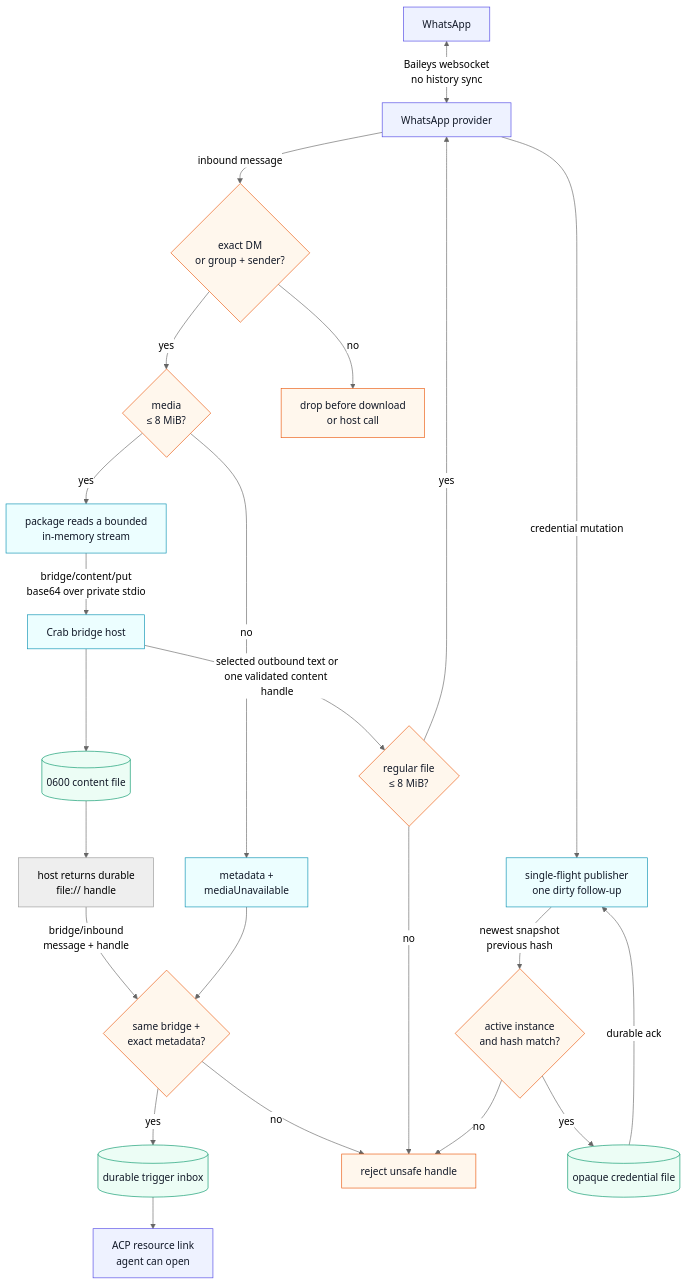
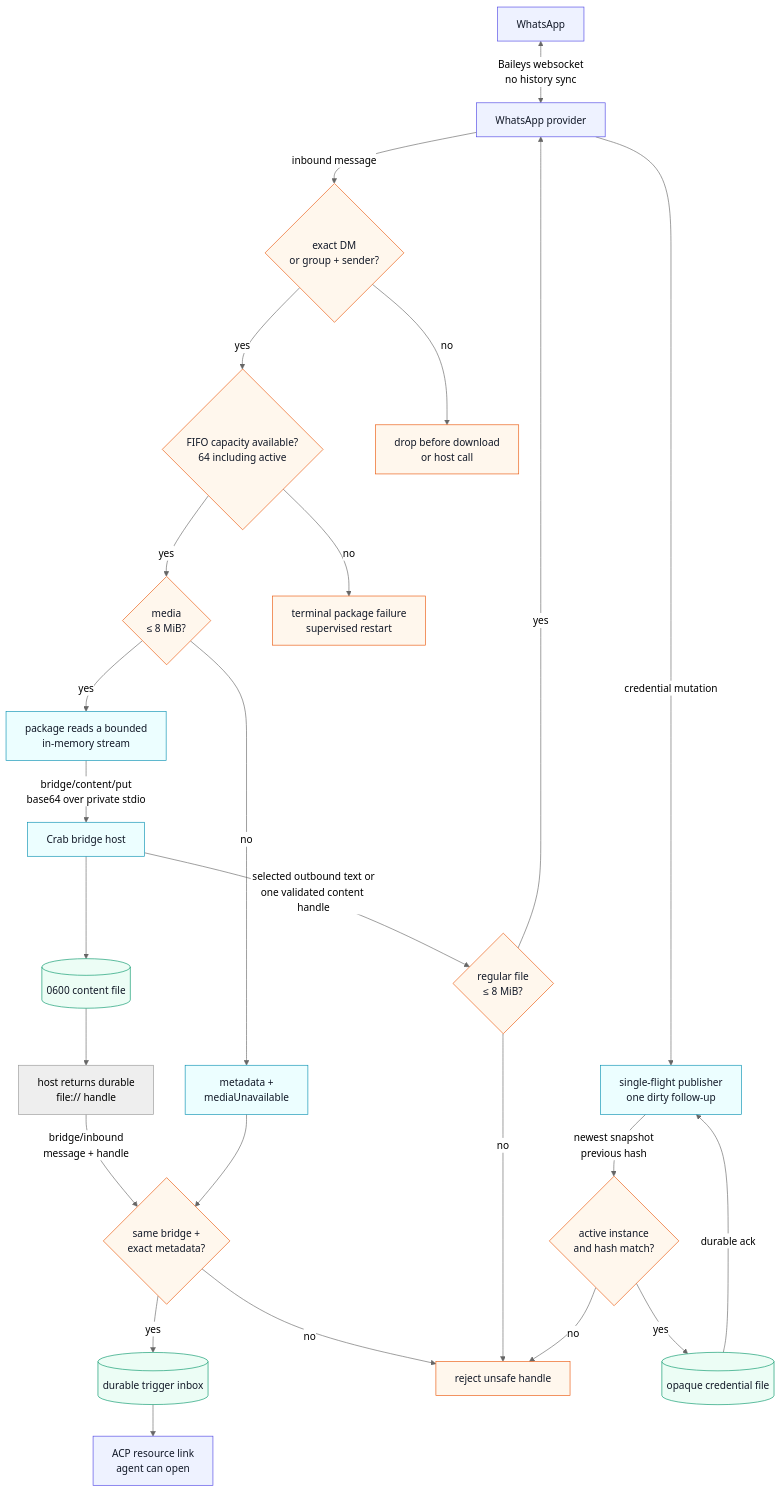
The diagram in v2/bridges/whatsapp/architecture.mmd (fontanierh/crab), drawn with Mermaid (neutral theme) before and after one commit. The commit also changed 7 other files, not shown here.

```diff
--- a/v2/bridges/whatsapp/architecture.mmd
+++ b/v2/bridges/whatsapp/architecture.mmd
@@ -1,33 +1,35 @@
 flowchart TB
     WA["WhatsApp"] <-->|"Baileys websocket<br/>no history sync"| PKG["WhatsApp provider"]
     PKG -->|"inbound message"| POLICY{"exact DM<br/>or group + sender?"}
-    POLICY -->|yes| LIMIT{"media<br/>≤ 8 MiB?"}
+    POLICY -->|yes| PUMP{"FIFO capacity available?<br/>64 including active"}
     POLICY -->|no| DROP["drop before download<br/>or host call"]
+    PUMP -->|yes| LIMIT{"media<br/>≤ 8 MiB?"}
+    PUMP -->|no| RESTART["terminal package failure<br/>supervised restart"]
     LIMIT -->|yes| STREAM["package reads a bounded<br/>in-memory stream"]
     STREAM -->|"bridge/content/put<br/>base64 over private stdio"| HOST["Crab bridge host"]
     HOST --> PRIVATE[("0600 content file")]
     PRIVATE --> HANDLE["host returns durable<br/>file:// handle"]
     HANDLE -->|"bridge/inbound<br/>message + handle"| VALIDATE{"same bridge +<br/>exact metadata?"}
     VALIDATE -->|yes| INBOX[("durable trigger inbox")]
     INBOX --> ACP["ACP resource link<br/>agent can open"]
     LIMIT -->|no| META["metadata +<br/>mediaUnavailable"]
     META --> VALIDATE
     VALIDATE -->|no| REJECT["reject unsafe handle"]
 
     HOST -->|"selected outbound text or<br/>one validated content handle"| OUT{"regular file<br/>≤ 8 MiB?"}
     OUT -->|yes| PKG
     OUT -->|no| REJECT
     PKG -->|"credential mutation"| PUBLISH["single-flight publisher<br/>one dirty follow-up"]
     PUBLISH -->|"newest snapshot<br/>previous hash"| CAS{"active instance<br/>and hash match?"}
     CAS -->|yes| CREDS[("opaque credential file")]
     CREDS -->|"durable ack"| PUBLISH
     CAS -->|no| REJECT
 
     classDef service fill:#eef2ff,stroke:#4f46e5,color:#111827;
     classDef action fill:#ecfeff,stroke:#0891b2,color:#111827;
     classDef durable fill:#ecfdf5,stroke:#059669,color:#111827;
     classDef guard fill:#fff7ed,stroke:#ea580c,color:#111827;
     class WA,PKG,ACP service;
     class STREAM,HOST,META,PUBLISH action;
     class PRIVATE,INBOX,CREDS durable;
-    class POLICY,LIMIT,VALIDATE,OUT,CAS,REJECT,DROP guard;
+    class POLICY,PUMP,LIMIT,VALIDATE,OUT,CAS,REJECT,DROP,RESTART guard;
```
